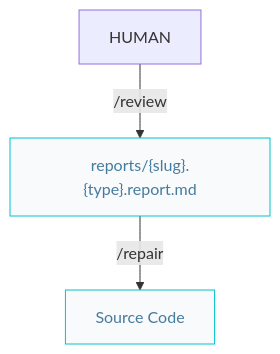
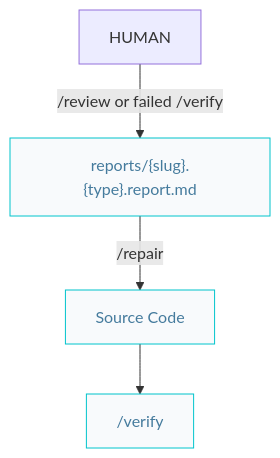
One commit to AIDDbot/AIDDbot changed the first of 2 diagrams in docs/craftsman.pipelines.md. Above: the diagram before and after it, drawn with Mermaid. The commit also changed other lines of this file and 32 other files, not shown here.

````diff
--- a/docs/craftsman.pipelines.md
+++ b/docs/craftsman.pipelines.md
@@ -9,11 +9,13 @@
 ```mermaid
 flowchart TD  
   HUM[HUMAN]
   RPT["reports/{slug}.{type}.report.md"]:::nd
   COD[Source Code]:::nd
+  VFY["/verify"]:::nd
 
-  HUM -->|/review| RPT
+  HUM -->|/review or failed /verify| RPT
   RPT -->|/repair| COD
- 
+  COD --> VFY
+
   classDef nd fill:#f8fafc,stroke:#00c4cc,color:#457b9d
 ```
````
